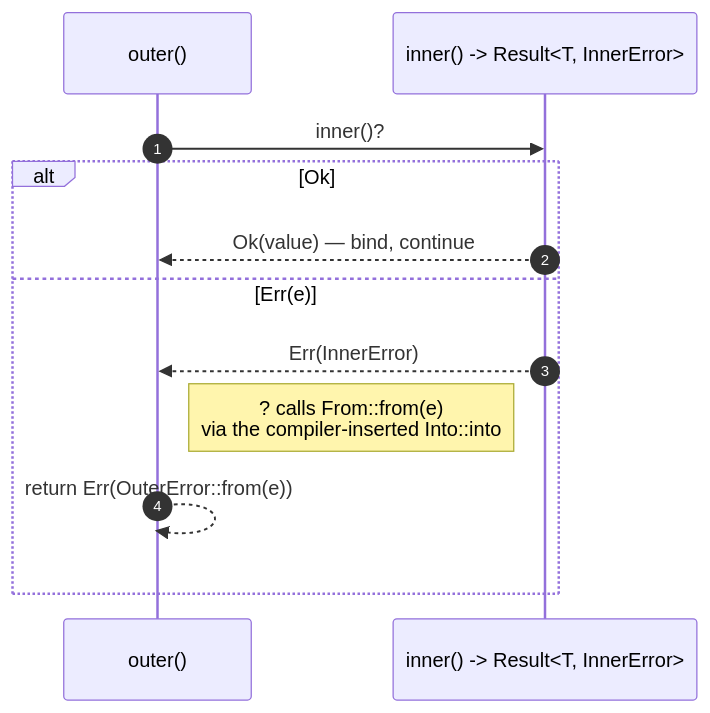
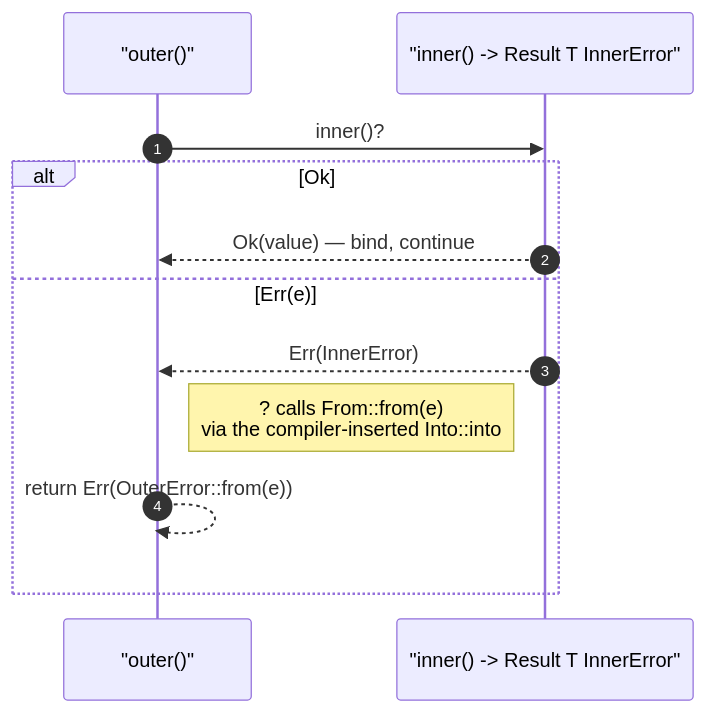
Before and after one commit to rajeshpillai/rust-patterns: the diagram in patterns/rust-idiomatic/from-into-conversions/diagrams/question-mark.mmd, drawn with Mermaid. The commit also changed 16 other files, not shown here.

```diff
--- a/patterns/rust-idiomatic/from-into-conversions/diagrams/question-mark.mmd
+++ b/patterns/rust-idiomatic/from-into-conversions/diagrams/question-mark.mmd
@@ -1,15 +1,15 @@
 %% Why `?` Just Works when you implement From — the operator calls
 %% .into() on any Err it propagates.
 sequenceDiagram
     autonumber
-    participant Caller as outer()
-    participant Inner as inner() -> Result<T, InnerError>
+    participant Caller as "outer()"
+    participant Inner as "inner() -> Result T InnerError"
 
     Caller->>Inner: inner()?
     alt Ok
         Inner-->>Caller: Ok(value) — bind, continue
     else Err(e)
         Inner-->>Caller: Err(InnerError)
         Note right of Caller: ? calls From::from(e)<br/>via the compiler-inserted Into::into
         Caller-->>Caller: return Err(OuterError::from(e))
     end
```
